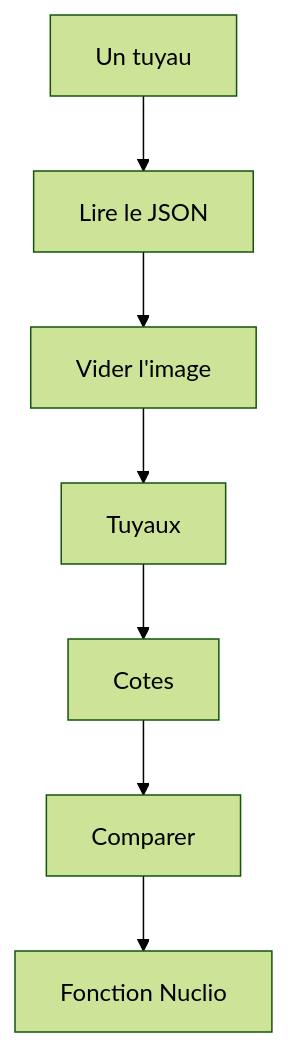
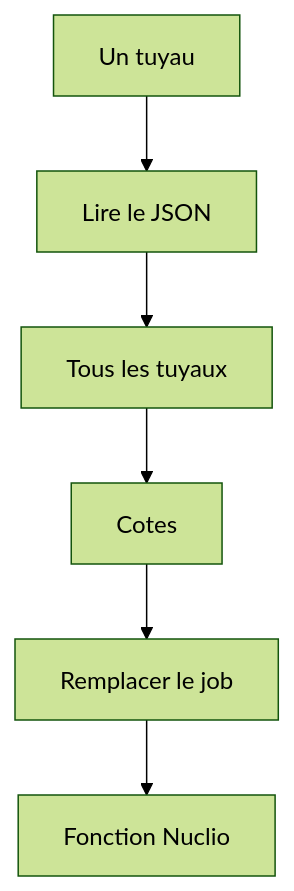
One commit to galsen-76/Informatique- changed the diagram in 07 — Exercices et projets/Projet - Graphe vers XML CVAT/Projet - Convertir le graphe en XML CVAT.md. Above: the diagram before and after it, drawn with Mermaid (forest theme). The commit also changed other lines of this file and 12 other files, not shown here.

First line of the commit message:
docs: projet graphe vers XML aligné sur le but, remplacer puis réimporter les annotations du job (étapes renumérotées 00 à 08)

````diff
--- a/07 — Exercices et projets/Projet - Graphe vers XML CVAT/Projet - Convertir le graphe en XML CVAT.md
+++ b/07 — Exercices et projets/Projet - Graphe vers XML CVAT/Projet - Convertir le graphe en XML CVAT.md
@@ -23,9 +23,8 @@
 ```mermaid
 flowchart TD
-  Z[Un tuyau] --> A[Lire le JSON]
-  A --> B[Vider l'image]
-  B --> C[Tuyaux]
+  A[Un tuyau] --> B[Lire le JSON]
+  B --> C[Tous les tuyaux]
   C --> D[Cotes]
-  D --> E[Comparer]
+  D --> E[Remplacer le job]
   E --> F[Fonction Nuclio]
 ```
````
